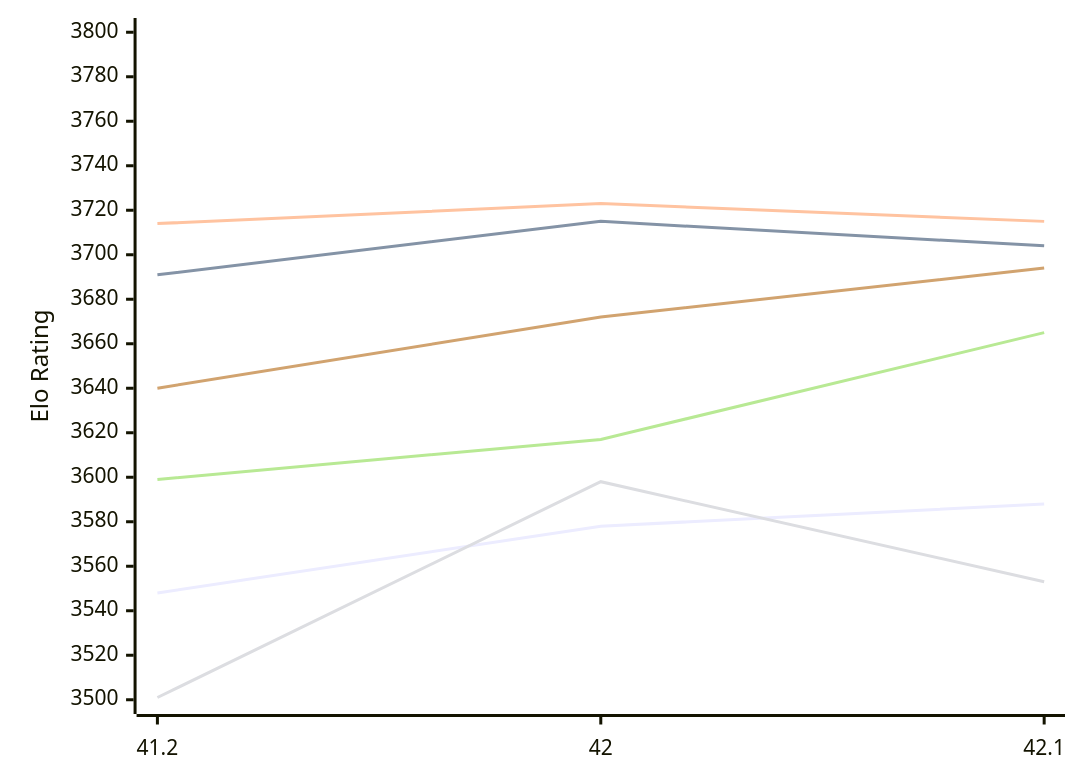
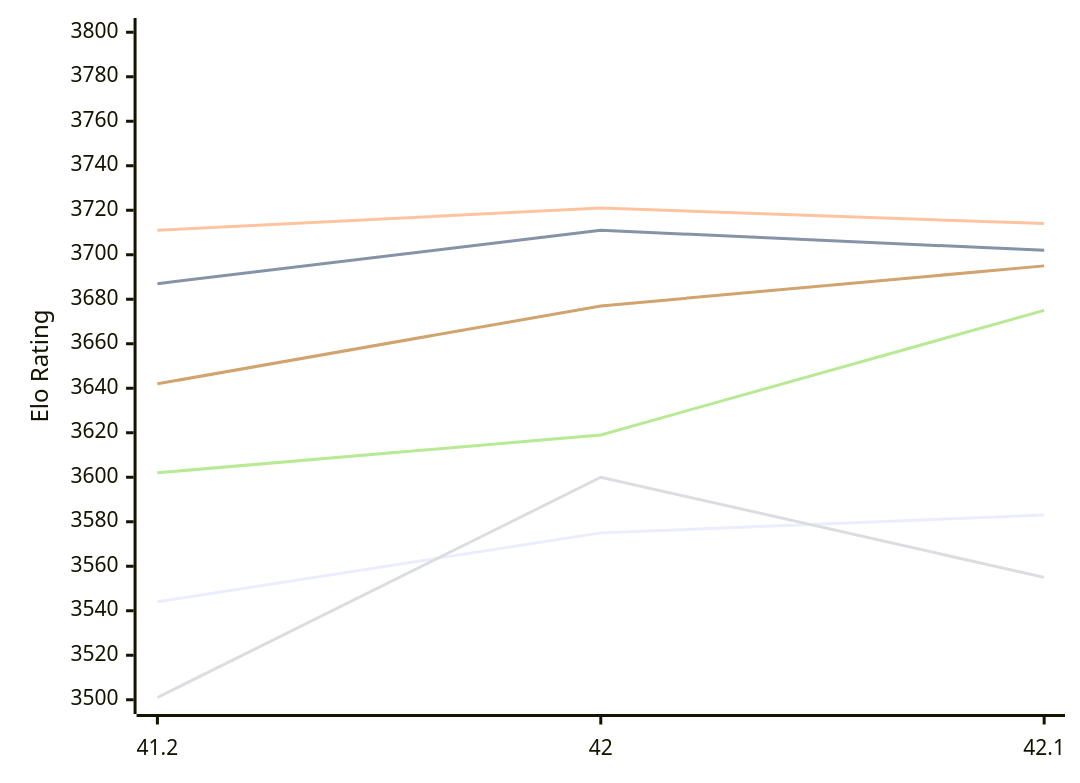
The first of 2 diagrams in engines/Shashchess.md (computer-chess-index/cci), drawn with Mermaid before and after one commit. The commit also changed other lines of this file, not shown here.

Commit message:
Update CCI Ratings (ELO VLTC) - 2026-11-21

````diff
--- a/engines/Shashchess.md
+++ b/engines/Shashchess.md
@@ -52,12 +52,12 @@
 ```mermaid
 %%{init: {"theme":"base","themeVariables":{"seriesColors:['#a3a3a3','#222221','#faa371']}}}%%
 xychart-beta
   x-axis ["41.2", "42", "42.1"]
   y-axis "Elo Rating" 3500 --> 3800
-  line "E1: STC (8.0+0.08s)" [3548, 3578, 3588]
-  line "E1: LTC (60.0+0.60s)" [3691, 3715, 3704]
-  line "E1: VLTC (2m24s+1.12s)" [3714, 3723, 3715]
-  line "P1: STC (8.0+0.08s)" [3501, 3598, 3553]
-  line "P1: LTC (60.0+0.60s)" [3599, 3617, 3665]
-  line "P1: VLTC (2m24s+1.12s)" [3640, 3672, 3694]
+  line "E1: STC (8.0+0.08s)" [3544, 3575, 3583]
+  line "E1: LTC (60.0+0.60s)" [3687, 3711, 3702]
+  line "E1: VLTC (2m24s+1.12s)" [3711, 3721, 3714]
+  line "P1: STC (8.0+0.08s)" [3501, 3600, 3555]
+  line "P1: LTC (60.0+0.60s)" [3602, 3619, 3675]
+  line "P1: VLTC (2m24s+1.12s)" [3642, 3677, 3695]
 ```
````
